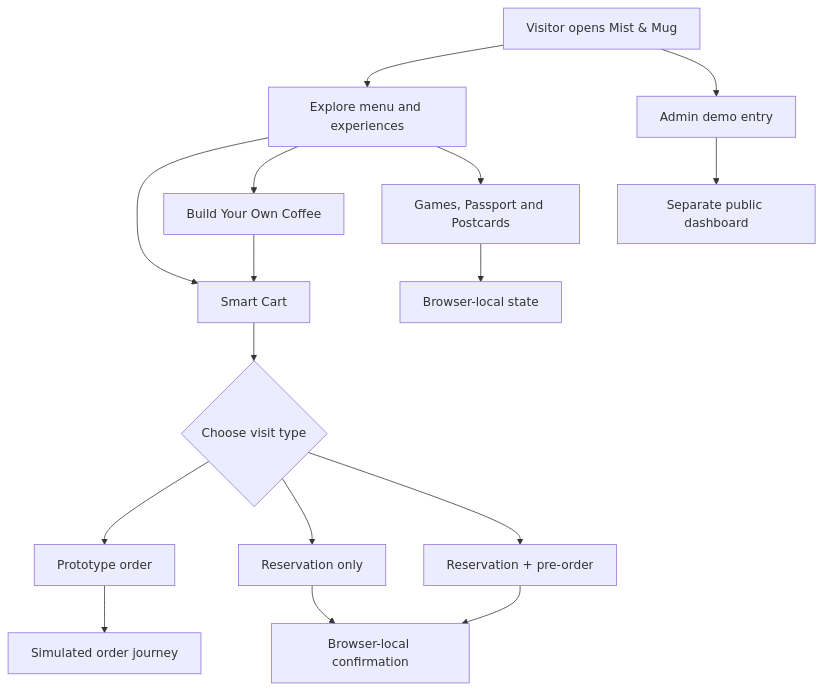
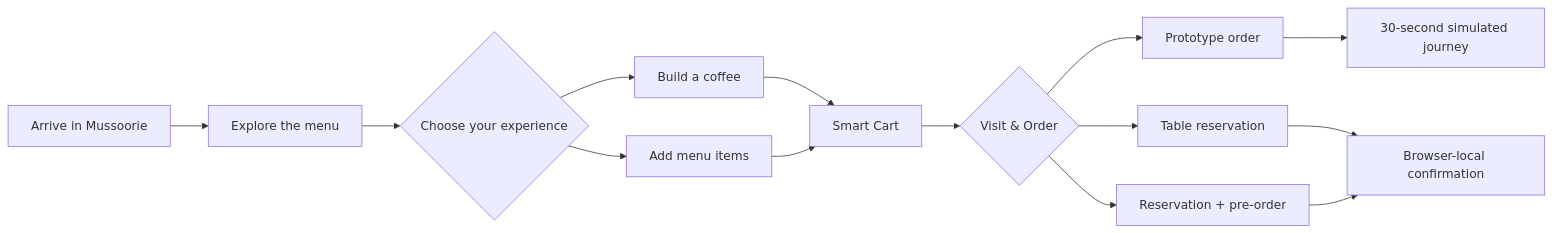
Before and after one commit to bhavesh1411-cyber/cafe: the first of 2 diagrams in README.md, drawn with Mermaid. The commit also changed other lines of this file, not shown here.

````diff
--- a/README.md
+++ b/README.md
@@ -68,18 +56,16 @@
 ```mermaid
-flowchart TD
-    A[Visitor opens Mist & Mug] --> B[Explore menu and experiences]
-    B --> C[Smart Cart]
-    B --> D[Build Your Own Coffee]
-    D --> C
-    C --> E{Choose visit type}
-    E --> F[Prototype order]
-    E --> G[Reservation only]
-    E --> H[Reservation + pre-order]
-    F --> I[Simulated order journey]
-    G --> J[Browser-local confirmation]
-    H --> J
-    B --> K[Games, Passport and Postcards]
-    K --> L[Browser-local state]
-    A --> M[Admin demo entry]
-    M --> N[Separate public dashboard]
+flowchart LR
+    A[Arrive in Mussoorie] --> B[Explore the menu]
+    B --> C{Choose your experience}
+    C --> D[Build a coffee]
+    C --> E[Add menu items]
+    D --> F[Smart Cart]
+    E --> F
+    F --> G{Visit & Order}
+    G --> H[Prototype order]
+    G --> I[Table reservation]
+    G --> J[Reservation + pre-order]
+    H --> K[30-second simulated journey]
+    I --> L[Browser-local confirmation]
+    J --> L
 ```
````
